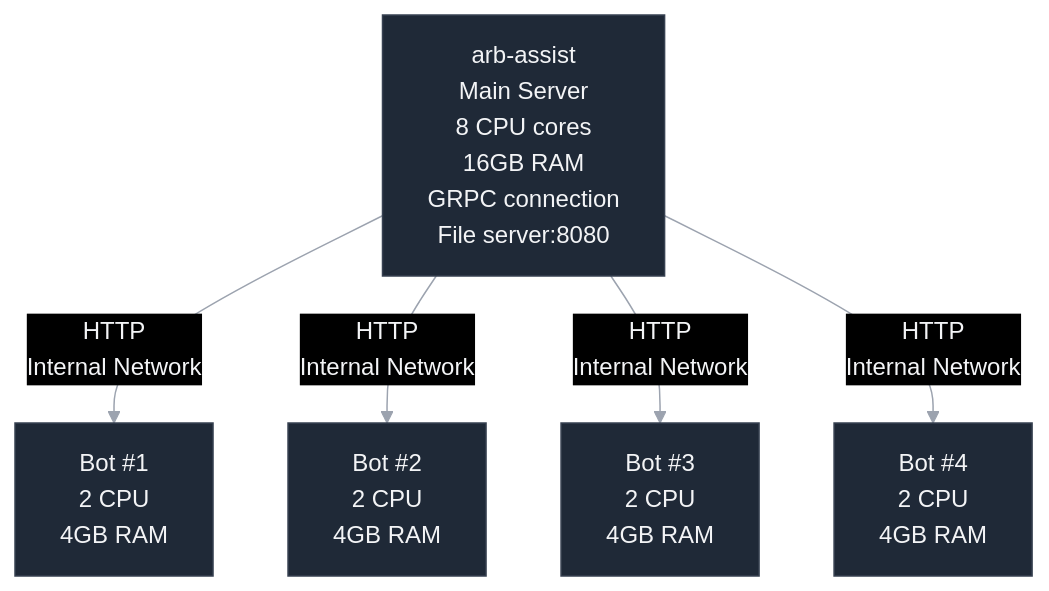
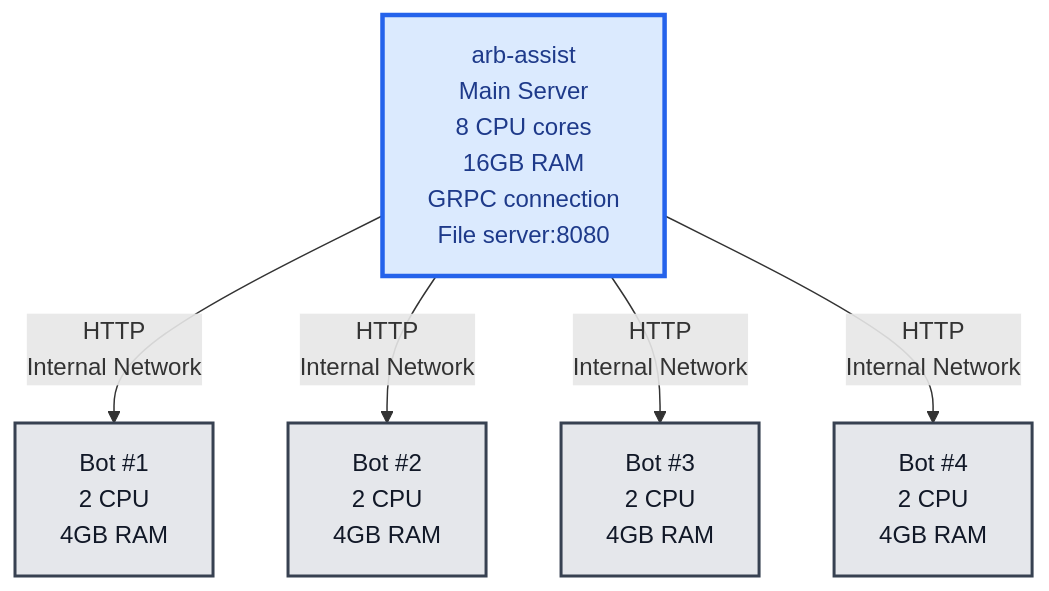
Before and after one commit to capicua4454/arb-assist: the diagram in docs/advanced-features/file-server.md, drawn with Mermaid. The commit also changed 2 other files, not shown here.

Commit message:
Use light-colored Mermaid diagrams that work on any background
- Removed theme configuration attempts since GitBook doesn't respect them
- Used light gray and pastel colors that are visible on both white and dark backgrounds
- Added classDef styling to differentiate node types
- This approach accepts the white background limitation but ensures readability

````diff
--- a/docs/advanced-features/file-server.md
+++ b/docs/advanced-features/file-server.md
@@ -215,24 +215,14 @@
 ```mermaid
----
-config:
-  theme: 'base'
-  themeVariables:
-    darkMode: true
-    background: '#00000000'
-    primaryColor: '#1f2937'
-    primaryTextColor: '#f3f4f6'
-    primaryBorderColor: '#374151'
-    lineColor: '#9ca3af'
-    secondaryColor: '#374151'
-    tertiaryColor: '#4b5563'
-    mainBkg: '#1f2937'
-    secondBkg: '#374151'
-    tertiaryBkg: '#4b5563'
----
 graph TD
     A[arb-assist<br/>Main Server<br/>8 CPU cores<br/>16GB RAM<br/>GRPC connection<br/>File server:8080]
     A -->|HTTP<br/>Internal Network| B[Bot #1<br/>2 CPU<br/>4GB RAM]
     A -->|HTTP<br/>Internal Network| C[Bot #2<br/>2 CPU<br/>4GB RAM]
     A -->|HTTP<br/>Internal Network| D[Bot #3<br/>2 CPU<br/>4GB RAM]
     A -->|HTTP<br/>Internal Network| E[Bot #4<br/>2 CPU<br/>4GB RAM]
+    
+    classDef server fill:#dbeafe,stroke:#2563eb,stroke-width:3px,color:#1e3a8a
+    classDef bot fill:#e5e7eb,stroke:#374151,stroke-width:2px,color:#111827
+    
+    class A server
+    class B,C,D,E bot
 ```
````
